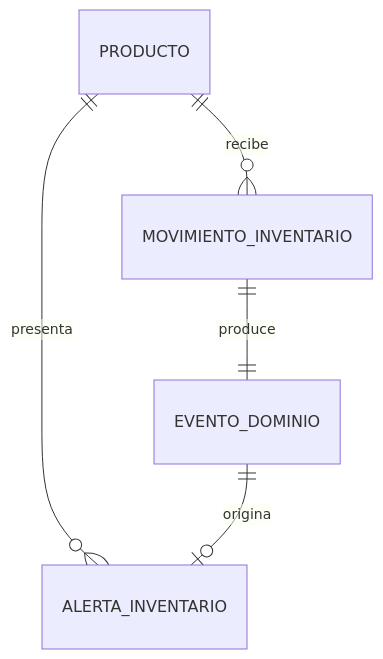
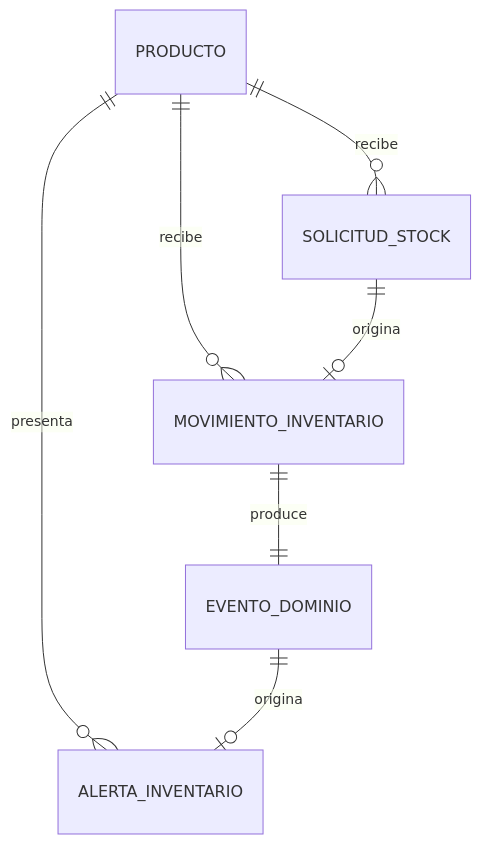
One commit to capacitacion-gtech-2026/proyecto_2_capacitacion changed the third of 3 diagrams in docs/02-architecture.md. Above: the diagram before and after it, drawn with Mermaid. The commit also changed other lines of this file and 8 other files, not shown here.

````diff
--- a/docs/02-architecture.md
+++ b/docs/02-architecture.md
@@ -333,7 +377,9 @@
 ```mermaid
 erDiagram
     PRODUCTO ||--o{ MOVIMIENTO_INVENTARIO : recibe
     MOVIMIENTO_INVENTARIO ||--|| EVENTO_DOMINIO : produce
     PRODUCTO ||--o{ ALERTA_INVENTARIO : presenta
     EVENTO_DOMINIO ||--o| ALERTA_INVENTARIO : origina
+    PRODUCTO ||--o{ SOLICITUD_STOCK : recibe
+    SOLICITUD_STOCK ||--o| MOVIMIENTO_INVENTARIO : origina
 ```
````
